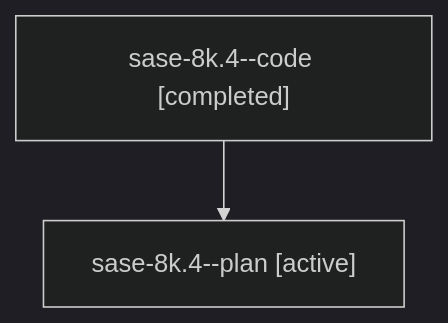
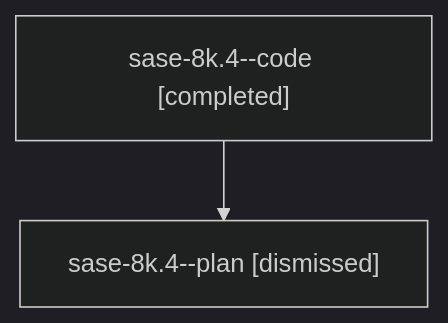
The diagram in sessions/bbugyi200.athena.sase-8k.4.md (sase-org/sase--agents), drawn with Mermaid (dark theme) before and after one commit. The commit also changed other lines of this file and 79 other files, not shown here.

````diff
--- a/sessions/bbugyi200.athena.sase-8k.4.md
+++ b/sessions/bbugyi200.athena.sase-8k.4.md
@@ -9,6 +9,6 @@
 ```mermaid
 flowchart TD
   n0["sase-8k.4--code [completed]"]
-  n1["sase-8k.4--plan [active]"]
+  n1["sase-8k.4--plan [dismissed]"]
   n0 --> n1
 ```
````
